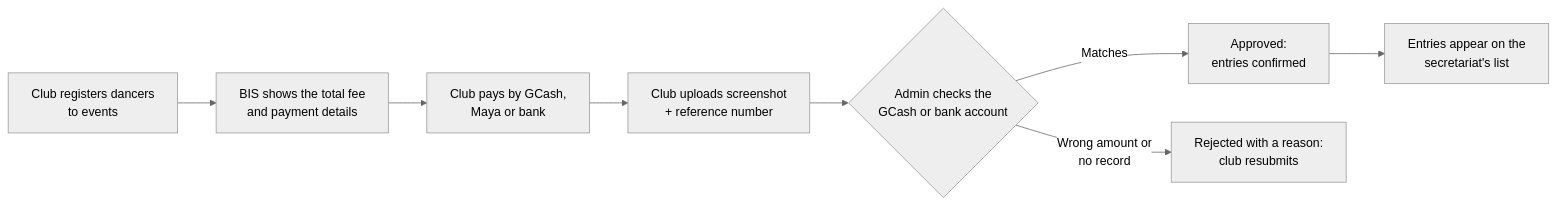
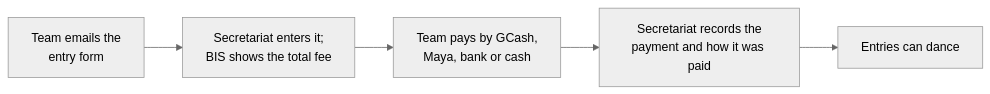
The second of 2 diagrams in BUILD_README.md (tuf-fi/Scrutineering-Dancesport-System), drawn with Mermaid (neutral theme) before and after one commit. The commit also changed other lines of this file and 161 other files, not shown here.

First line of the commit message:
Add team registration, athlete accounts and WDSF rule checks

````diff
--- a/BUILD_README.md
+++ b/BUILD_README.md
@@ -126,10 +126,7 @@
 ```mermaid
 flowchart LR
-  A["Club registers dancers<br/>to events"] --> B["BIS shows the total fee<br/>and payment details"]
-  B --> C["Club pays by GCash,<br/>Maya or bank"]
-  C --> D["Club uploads screenshot<br/>+ reference number"]
-  D --> E{"Admin checks the<br/>GCash or bank account"}
-  E -- "Matches" --> F["Approved:<br/>entries confirmed"]
-  E -- "Wrong amount or<br/>no record" --> G["Rejected with a reason:<br/>club resubmits"]
-  F --> H["Entries appear on the<br/>secretariat's list"]
+  A["Team emails the<br/>entry form"] --> B["Secretariat enters it;<br/>BIS shows the total fee"]
+  B --> C["Team pays by GCash,<br/>Maya, bank or cash"]
+  C --> D["Secretariat records the<br/>payment and how it was paid"]
+  D --> E["Entries can dance"]
 ```
````
